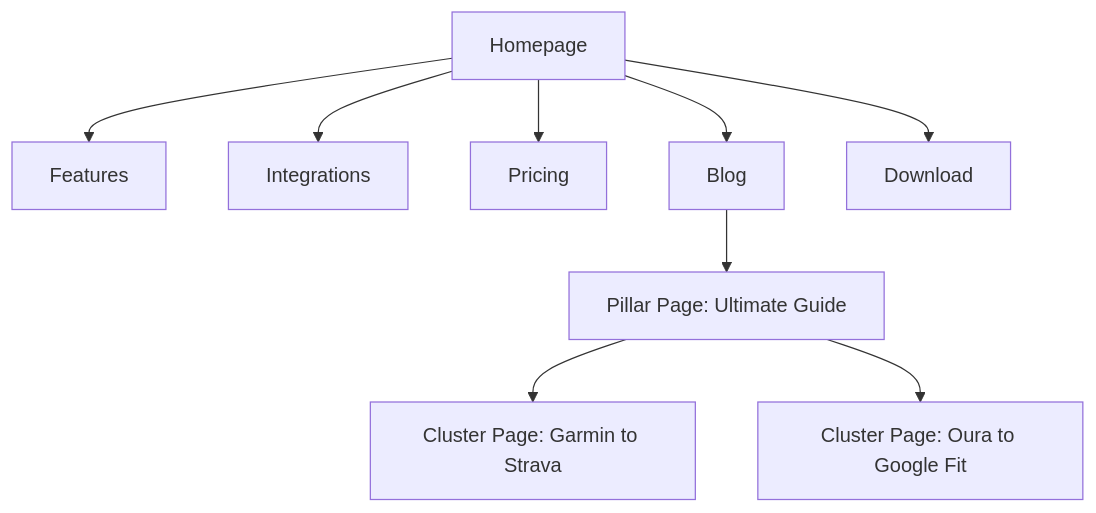
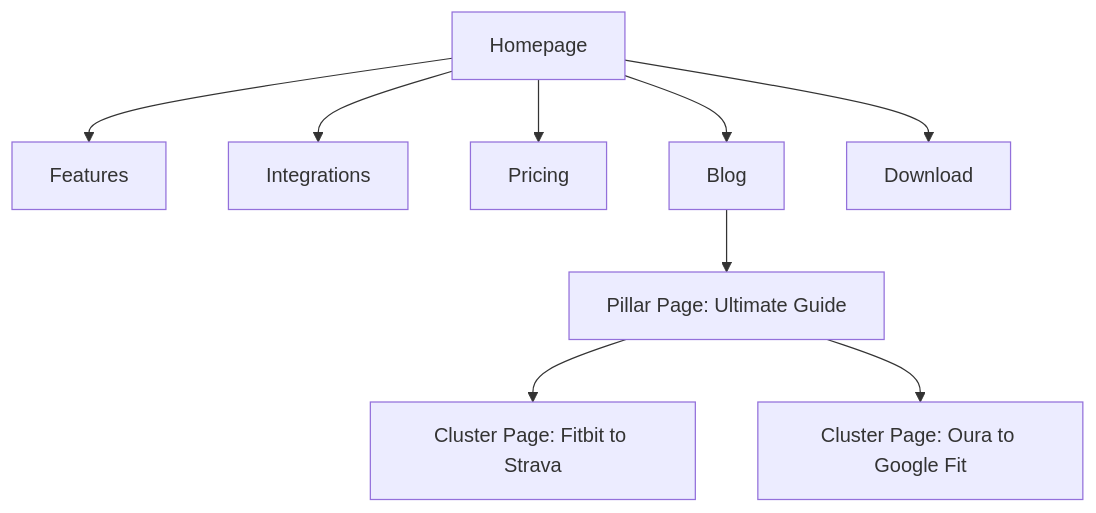
Before and after one commit to dino10bit/healthsync: the diagram in 58-marketing-and-seo.md, drawn with Mermaid. The commit also changed other lines of this file and 11 other files, not shown here.

````diff
--- a/58-marketing-and-seo.md
+++ b/58-marketing-and-seo.md
@@ -71,11 +71,11 @@
 ```mermaid
 graph TD
     A[Homepage] --> B[Features];
     A --> C[Integrations];
     A --> D[Pricing];
     A --> E[Blog];
     A --> F[Download];
     E --> G[Pillar Page: Ultimate Guide];
-    G --> H[Cluster Page: Garmin to Strava];
+    G --> H[Cluster Page: Fitbit to Strava];
     G --> I[Cluster Page: Oura to Google Fit];
 ```
````
